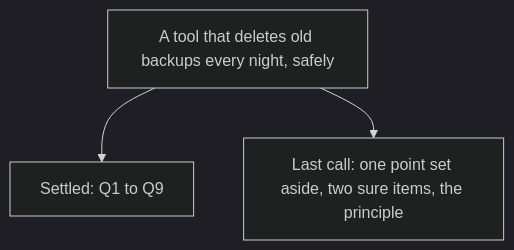
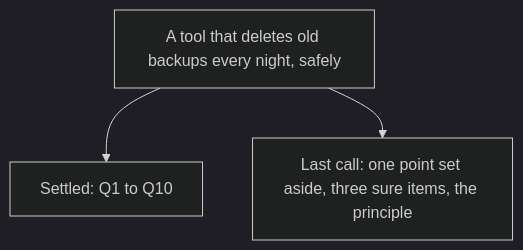
The third of 3 diagrams in plugins/cc-crew/skills/grilling/round-sample.md (vdsmon/skills), drawn with Mermaid (dark theme) before and after one commit. The commit also changed other lines of this file and 3 other files, not shown here.

````diff
--- a/plugins/cc-crew/skills/grilling/round-sample.md
+++ b/plugins/cc-crew/skills/grilling/round-sample.md
@@ -99,6 +101,6 @@
 ```mermaid
 flowchart TD
   R[A tool that deletes old backups every night, safely]
-  R --> S[Settled: Q1 to Q9]
-  R --> L[Last call: one point set aside, two sure items, the principle]
+  R --> S[Settled: Q1 to Q10]
+  R --> L[Last call: one point set aside, three sure items, the principle]
 ```
````
